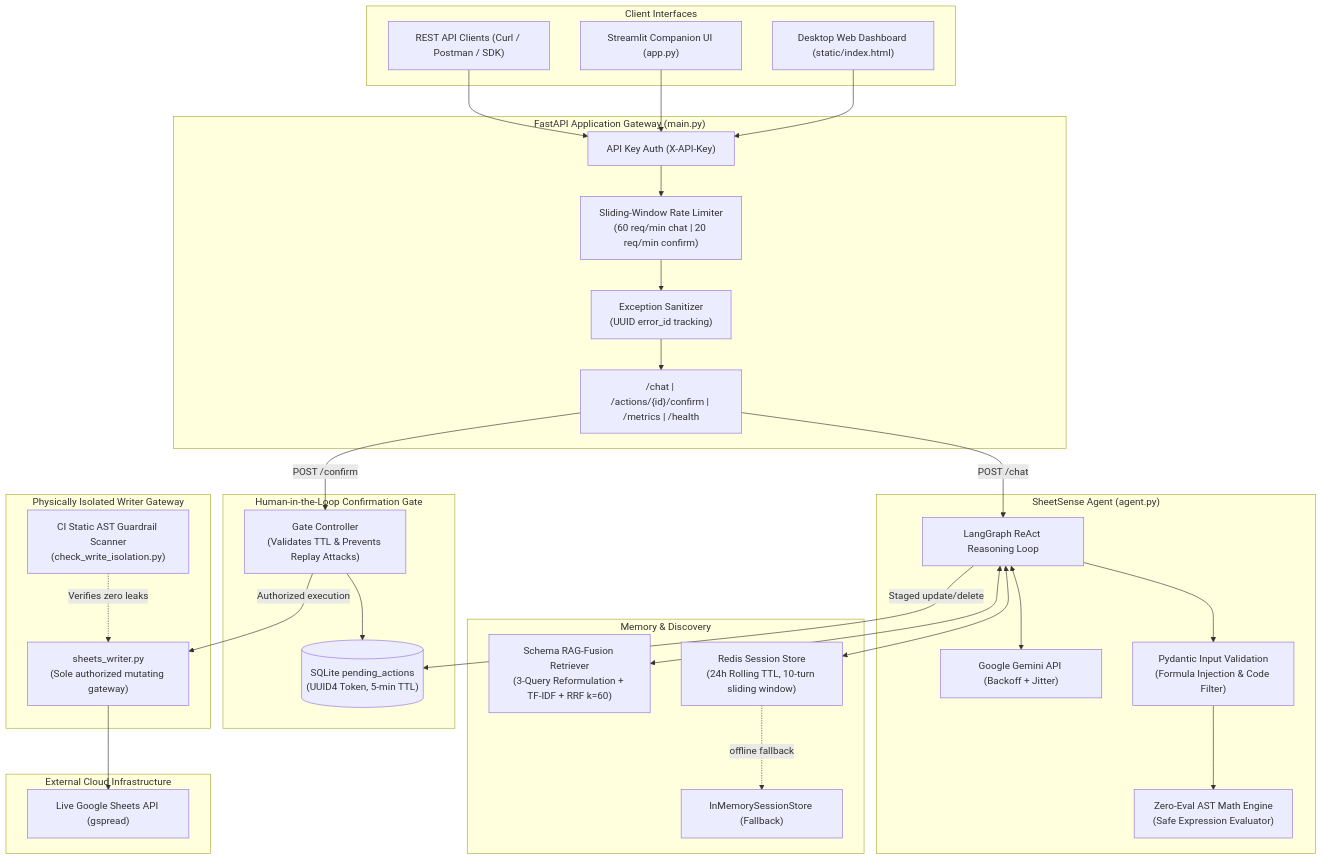
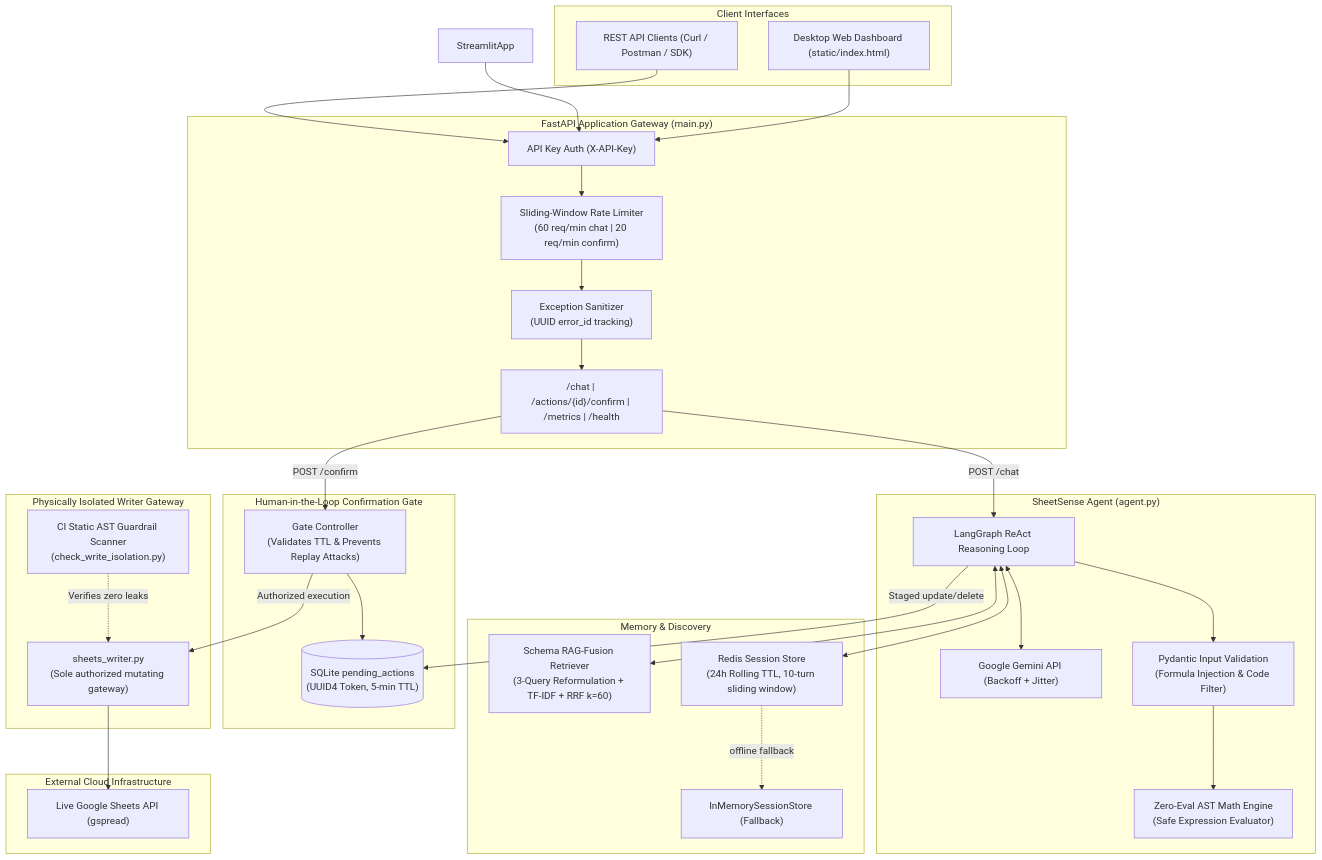
The diagram in README.md (FarhanAaqil/Sheet-AI), drawn with Mermaid before and after one commit. The commit also changed other lines of this file and 23 other files, not shown here.

````diff
--- a/README.md
+++ b/README.md
@@ -140,60 +149,59 @@
 ```mermaid
 flowchart TD
     subgraph ClientLayer["Client Interfaces"]
         UI["Desktop Web Dashboard (static/index.html)"]
-        StreamlitApp["Streamlit Companion UI (app.py)"]
         ExternalAPI["REST API Clients (Curl / Postman / SDK)"]
     end
 
     subgraph Gateway["FastAPI Application Gateway (main.py)"]
         Auth["API Key Auth (X-API-Key)"]
         RateLimiter["Sliding-Window Rate Limiter\n(60 req/min chat | 20 req/min confirm)"]
         Sanitizer["Exception Sanitizer\n(UUID error_id tracking)"]
         Endpoints["/chat | /actions/{id}/confirm | /metrics | /health"]
     end
 
     subgraph ReasoningEngine["SheetSense Agent (agent.py)"]
         LangGraphAgent["LangGraph ReAct Reasoning Loop"]
         GeminiLLM["Google Gemini API (Backoff + Jitter)"]
         PydanticShield["Pydantic Input Validation\n(Formula Injection & Code Filter)"]
         ASTMath["Zero-Eval AST Math Engine\n(Safe Expression Evaluator)"]
     end
 
     subgraph MemoryRetrieval["Memory & Discovery"]
         RAGFusion["Schema RAG-Fusion Retriever\n(3-Query Reformulation + TF-IDF + RRF k=60)"]
         RedisStore["Redis Session Store\n(24h Rolling TTL, 10-turn sliding window)"]
         MemoryFallback["InMemorySessionStore (Fallback)"]
     end
 
     subgraph ConfirmationGate["Human-in-the-Loop Confirmation Gate"]
         StagedDB[("SQLite pending_actions\n(UUID4 Token, 5-min TTL)")]
         GateController["Gate Controller\n(Validates TTL & Prevents Replay Attacks)"]
     end
 
     subgraph WriterQuarantine["Physically Isolated Writer Gateway"]
         WriterModule["sheets_writer.py\n(Sole authorized mutating gateway)"]
         ASTScanner["CI Static AST Guardrail Scanner\n(check_write_isolation.py)"]
     end
 
     subgraph GoogleCloud["External Cloud Infrastructure"]
         GSheets["Live Google Sheets API (gspread)"]
     end
 
     %% Connections
     UI --> Auth
     StreamlitApp --> Auth
     ExternalAPI --> Auth
     Auth --> RateLimiter --> Sanitizer --> Endpoints
     Endpoints -->|POST /chat| LangGraphAgent
     LangGraphAgent <--> GeminiLLM
     LangGraphAgent --> PydanticShield --> ASTMath
     LangGraphAgent <--> RAGFusion
     LangGraphAgent <--> RedisStore
     RedisStore -.->|offline fallback| MemoryFallback
     LangGraphAgent -->|Staged update/delete| StagedDB
     Endpoints -->|POST /confirm| GateController
     GateController --> StagedDB
     GateController -->|Authorized execution| WriterModule
     WriterModule --> GSheets
     ASTScanner -.->|Verifies zero leaks| WriterModule
 ```
````
